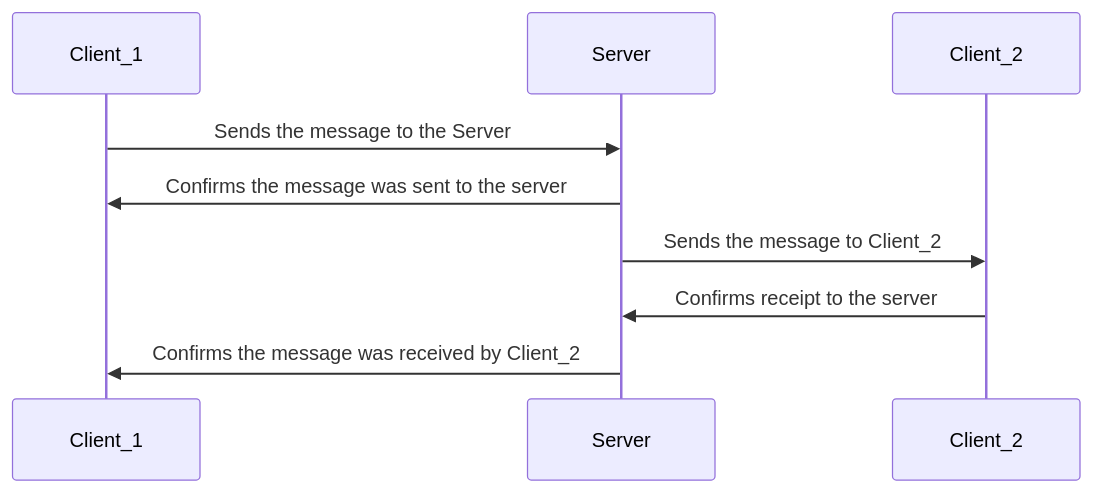
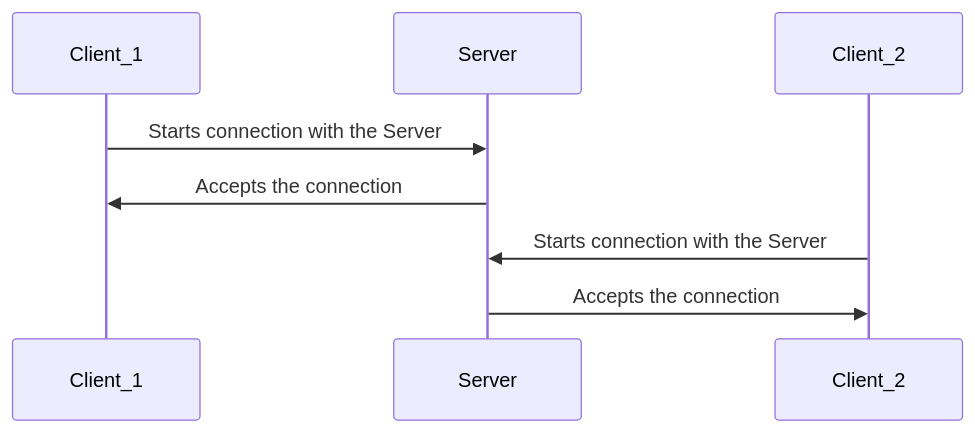
One commit to Peramoniss/CrossPlatformChat changed the first of 3 diagrams in README.md. Above: the diagram before and after it, drawn with Mermaid. The commit also changed other lines of this file and 10 other files, not shown here.

````diff
--- a/README.md
+++ b/README.md
@@ -4,8 +4,7 @@
 ```mermaid
 sequenceDiagram
-    Client_1->>Server: Sends the message to the Server
-    Server->>Client_1: Confirms the message was sent to the server
-    Server->>Client_2: Sends the message to Client_2
-    Client_2->>Server: Confirms receipt to the server
-    Server->>Client_1: Confirms the message was received by Client_2
+    Client_1->>Server: Starts connection with the Server
+    Server->>Client_1: Accepts the connection
+    Client_2->>Server: Starts connection with the Server
+    Server->>Client_2: Accepts the connection
 ```
````
